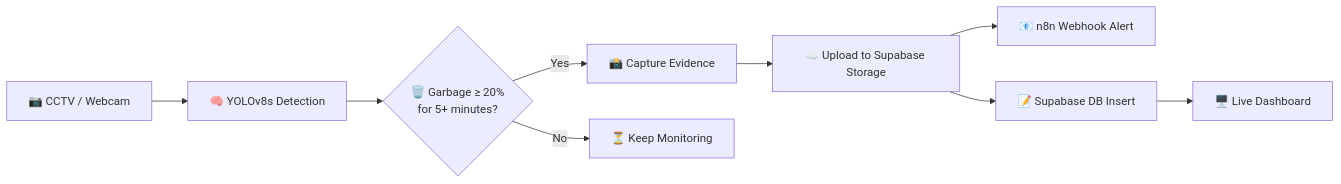
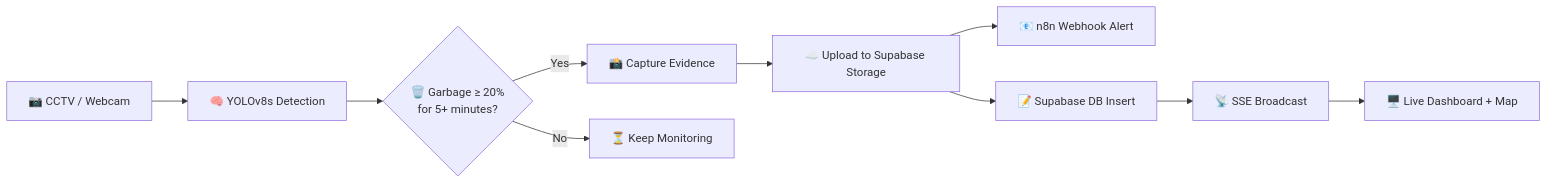
The diagram in README.md (rajmachawal-py/cleancam-ai), drawn with Mermaid before and after one commit. The commit also changed other lines of this file, not shown here.

````diff
--- a/README.md
+++ b/README.md
@@ -48,11 +51,12 @@
 ```mermaid
 graph LR
     A[📷 CCTV / Webcam] --> B[🧠 YOLOv8s Detection]
     B --> C{🗑️ Garbage ≥ 20%<br/>for 5+ minutes?}
     C -- Yes --> D[📸 Capture Evidence]
     D --> E[☁️ Upload to Supabase Storage]
     E --> F[📧 n8n Webhook Alert]
     E --> G[📝 Supabase DB Insert]
-    G --> H[🖥️ Live Dashboard]
-    C -- No --> I[⏳ Keep Monitoring]
+    G --> H[📡 SSE Broadcast]
+    H --> I[🖥️ Live Dashboard + Map]
+    C -- No --> J[⏳ Keep Monitoring]
 ```
````
